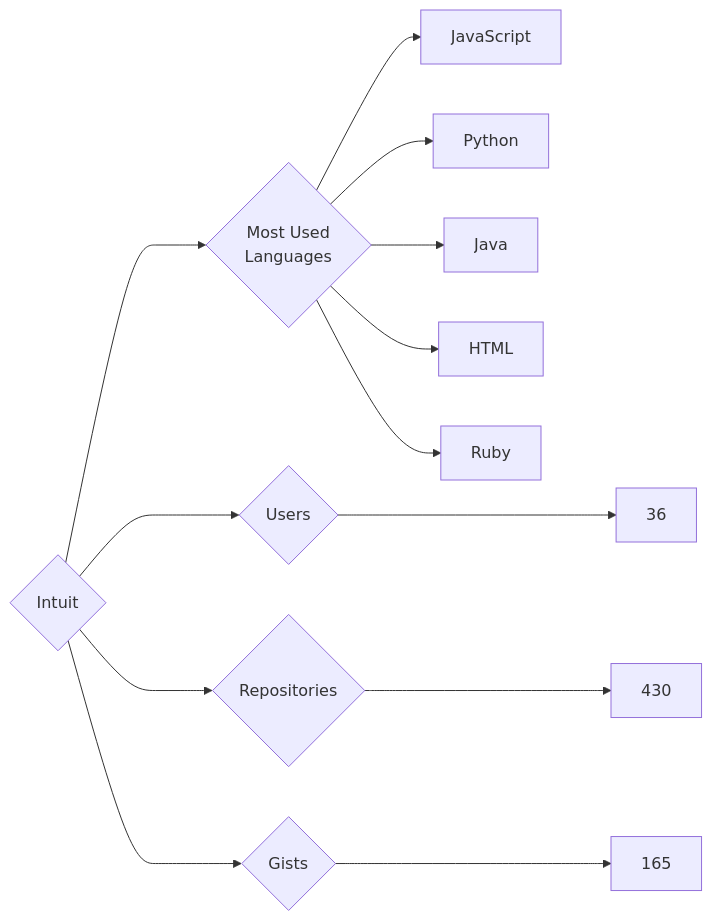
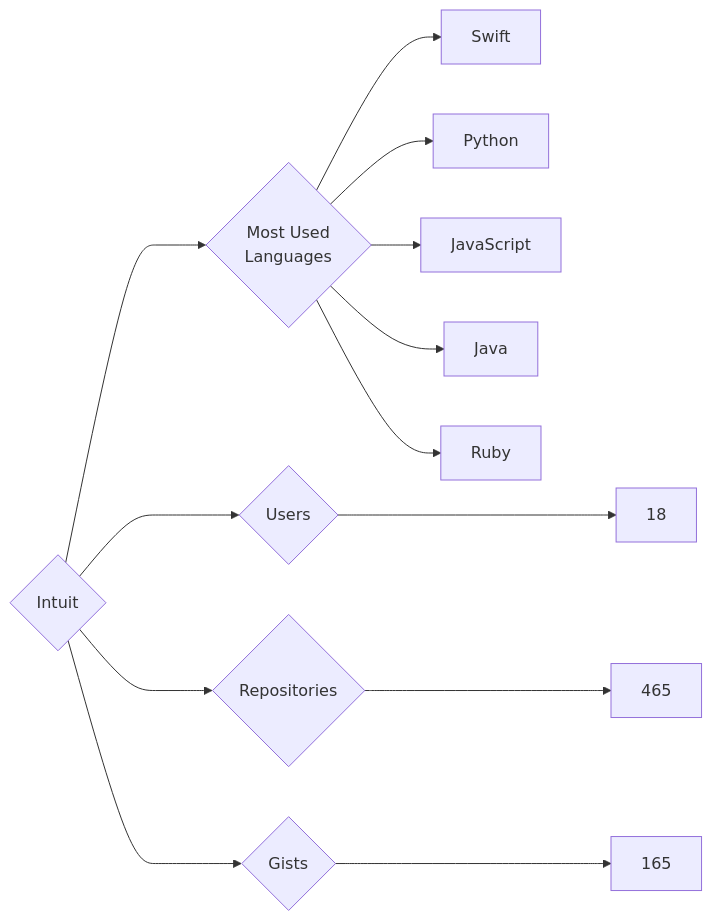
The diagram in targets/Intuit/README.md (trickest/insiders), drawn with Mermaid before and after one commit. The commit also changed 715 other files, not shown here.

````diff
--- a/targets/Intuit/README.md
+++ b/targets/Intuit/README.md
@@ -3,13 +3,13 @@
 ```mermaid
 graph LR
 COMPANY_NAME{Intuit}
-COMPANY_NAME ---> U{Users} ---> UN[36]
-COMPANY_NAME ---> R{Repositories} ---> RN[430]
+COMPANY_NAME ---> U{Users} ---> UN[18]
+COMPANY_NAME ---> R{Repositories} ---> RN[465]
 COMPANY_NAME ---> G{Gists} ---> GN[165]
 COMPANY_NAME ---> ML{Most Used<br>Languages}
+ML --> Swift[Swift]
+ML --> Python[Python]
 ML --> JavaScript[JavaScript]
-ML --> Python[Python]
 ML --> Java[Java]
-ML --> HTML[HTML]
 ML --> Ruby[Ruby]
 ```
````
